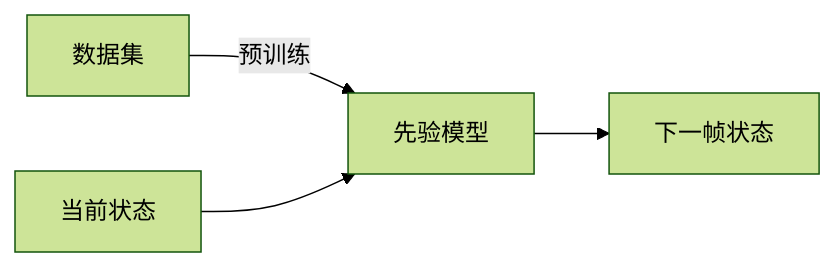
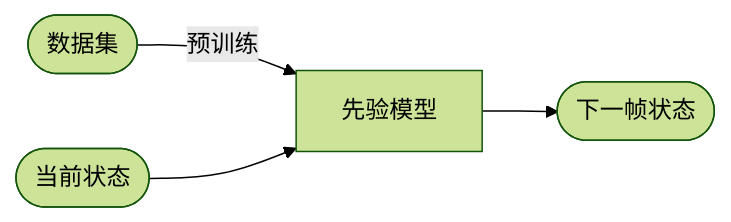
The fourth of 7 diagrams in src/MeshAnimation/SkeletonProxy/笔记.md (CaterpillarStudyGroup/ImportantArticles), drawn with Mermaid (forest theme) before and after one commit. The commit also changed other lines of this file and 1 other file, not shown here.

````diff
--- a/src/MeshAnimation/SkeletonProxy/笔记.md
+++ b/src/MeshAnimation/SkeletonProxy/笔记.md
@@ -121,5 +120,5 @@
 ```mermaid
 flowchart LR
- A[数据集]-->|"预训练"|C[先验模型]
- B[当前状态]--> C-->D[下一帧状态]
+ A([数据集])-->|"预训练"|C[先验模型]
+ B([当前状态])--> C-->D([下一帧状态])
 ```
````
